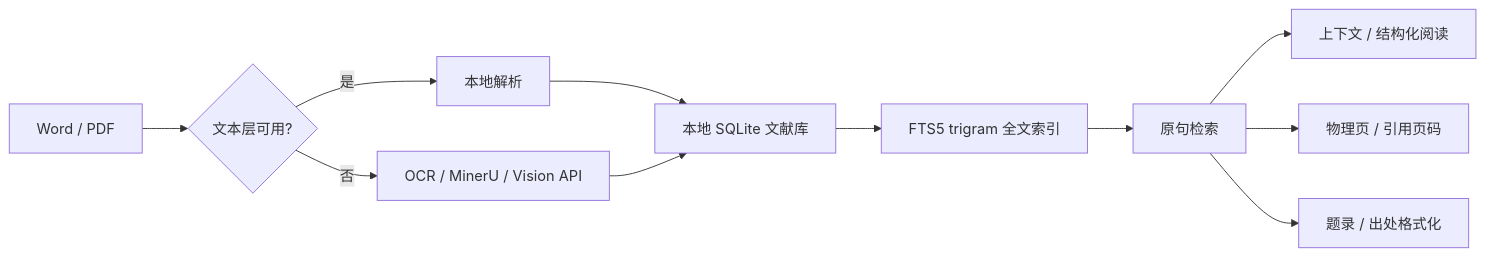
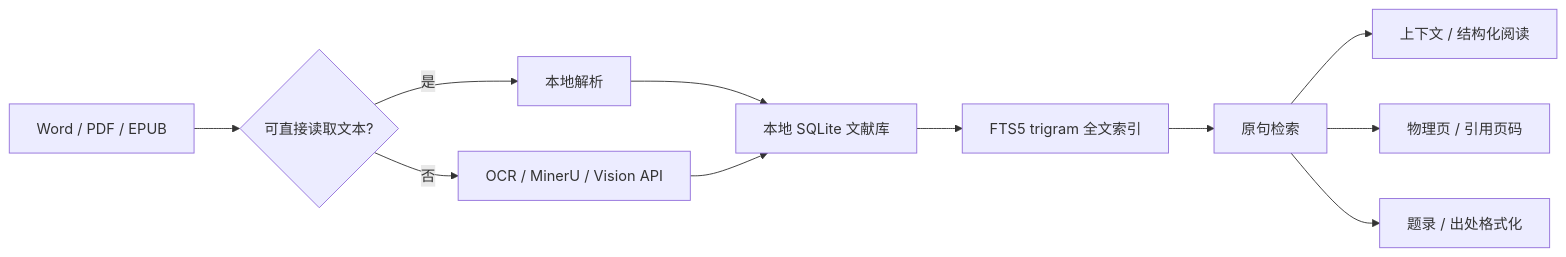
Before and after one commit to sabercomo/MEFinder: the diagram in README.md, drawn with Mermaid. The commit also changed other lines of this file and 54 other files, not shown here.

````diff
--- a/README.md
+++ b/README.md
@@ -81,13 +81,13 @@
 ```mermaid
 flowchart LR
-    A[Word / PDF] --> B{文本层可用?}
+    A[Word / PDF / EPUB] --> B{可直接读取文本?}
     B -->|是| C[本地解析]
     B -->|否| D[OCR / MinerU / Vision API]
     C --> E[本地 SQLite 文献库]
     D --> E
     E --> F[FTS5 trigram 全文索引]
     F --> G[原句检索]
     G --> H[上下文 / 结构化阅读]
     G --> I[物理页 / 引用页码]
     G --> J[题录 / 出处格式化]
 ```
````
